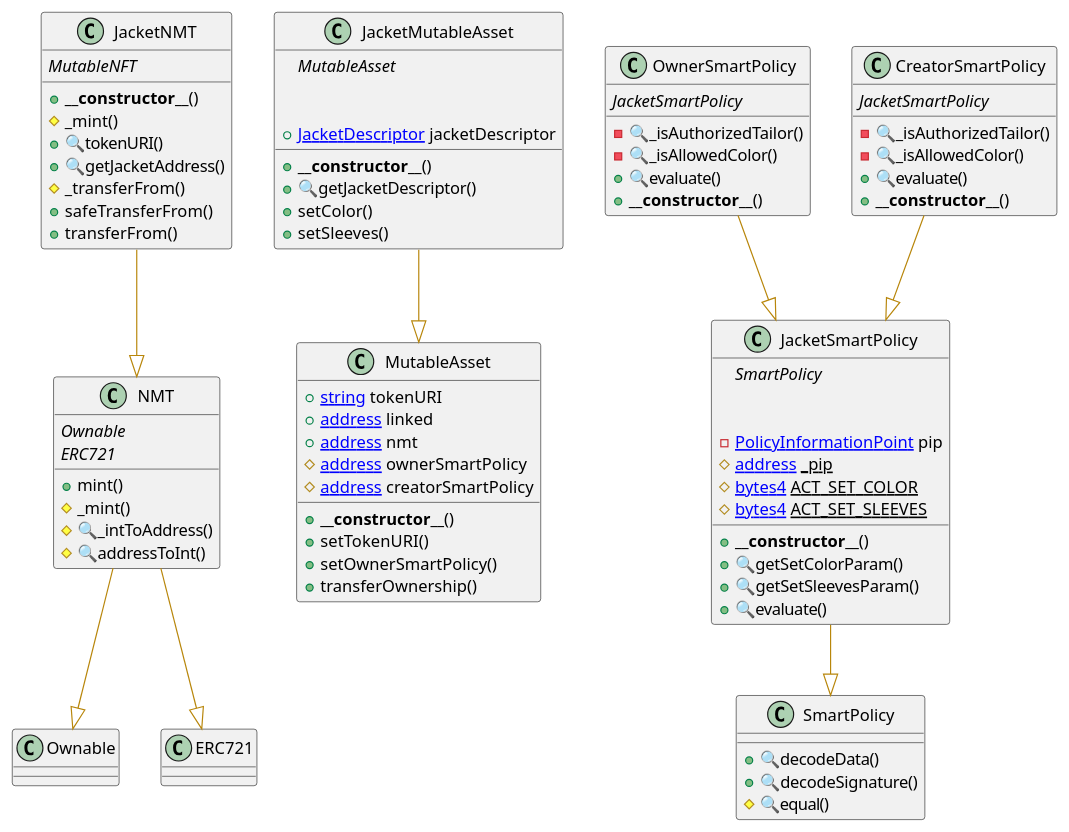
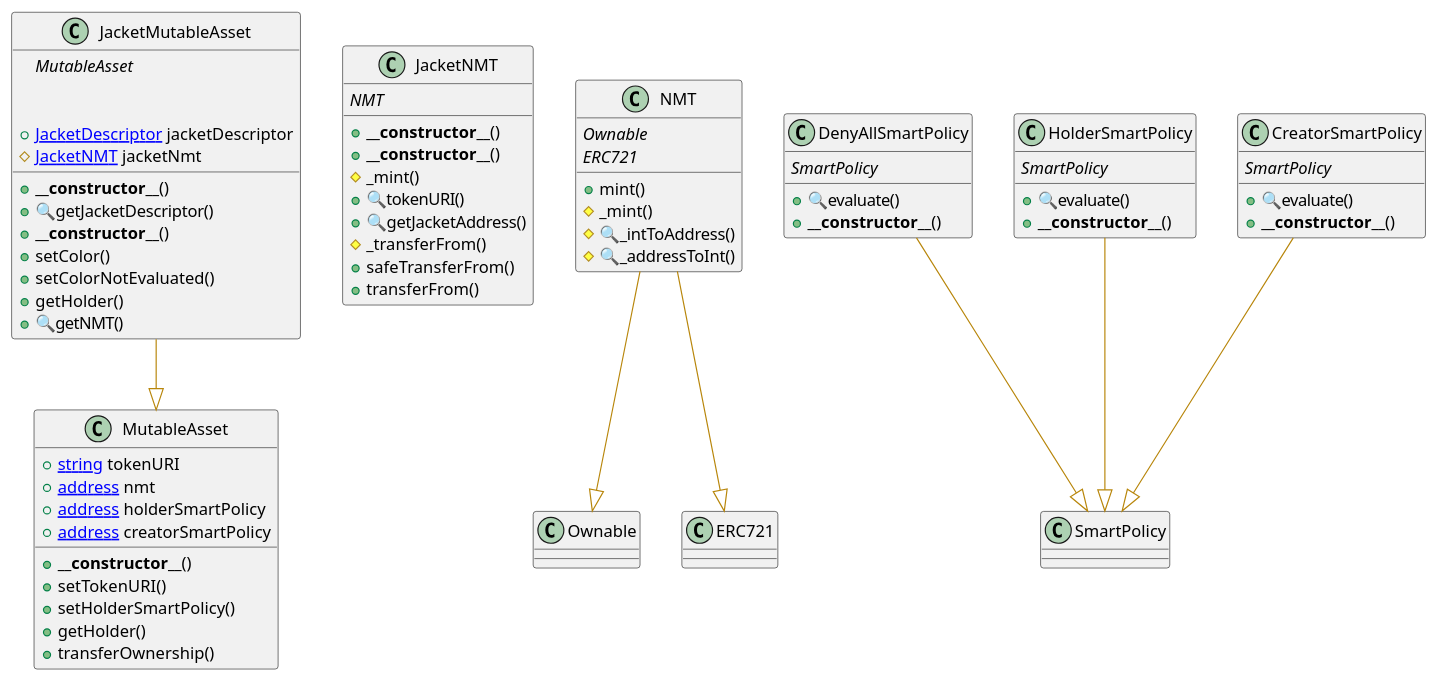
Before and after one commit to d0na/CMNT: the diagram in @startuml.wsd, drawn with PlantUML. The commit also changed 2 other files, not shown here.

Commit message:
chore: review uml graph

```diff
--- a/@startuml.wsd
+++ b/@startuml.wsd
@@ -1,164 +1,148 @@
 @startuml
 ' -- generated by: https://marketplace.visualstudio.com/items?itemName=tintinweb.solidity-visual-auditor
 '
 ' -- for auto-render install: https://marketplace.visualstudio.com/items?itemName=jebbs.plantuml
 ' -- options --
 
 allowmixing
 
 ' -- classes --
 
 
+class JacketMutableAsset {
+    ' -- inheritance --
+	{abstract}MutableAsset
+
+    ' -- usingFor --
+
+    ' -- vars --
+	+[[JacketDescriptor]] jacketDescriptor
+	#[[JacketNMT]] jacketNmt
+
+    ' -- methods --
+	+**__constructor__**()
+	+🔍getJacketDescriptor()
+	+**__constructor__**()
+	+setColor()
+	+setColorNotEvaluated()
+	+getHolder()
+	+🔍getNMT()
+
+}
+' -- inheritance / usingFor --
+JacketMutableAsset --[#DarkGoldenRod]|> MutableAsset
+
+
+
+class MutableAsset {
+    ' -- inheritance --
+
+    ' -- usingFor --
+
+    ' -- vars --
+	+[[string]] tokenURI
+	+[[address]] nmt
+	+[[address]] holderSmartPolicy
+	+[[address]] creatorSmartPolicy
+
+    ' -- methods --
+	+**__constructor__**()
+	+setTokenURI()
+	+setHolderSmartPolicy()
+	+getHolder()
+	+transferOwnership()
+
+}
+
+
 class JacketNMT {
     ' -- inheritance --
-	{abstract}MutableNFT
+	{abstract}NMT
 
     ' -- usingFor --
 
     ' -- vars --
 
     ' -- methods --
+	+**__constructor__**()
 	+**__constructor__**()
 	#_mint()
 	+🔍tokenURI()
 	+🔍getJacketAddress()
 	#_transferFrom()
 	+safeTransferFrom()
 	+transferFrom()
 
 }
-' -- inheritance / usingFor --
-JacketNMT --[#DarkGoldenRod]|> NMT
-
+ 
 class NMT {
     ' -- inheritance --
 	{abstract}Ownable
 	{abstract}ERC721
 
     ' -- usingFor --
 
     ' -- vars --
 
     ' -- methods --
 	+mint()
 	#_mint()
 	#🔍_intToAddress()
-	#🔍addressToInt()
+	#🔍_addressToInt()
 
 }
 ' -- inheritance / usingFor --
 NMT --[#DarkGoldenRod]|> Ownable
 NMT --[#DarkGoldenRod]|> ERC721
 
-class MutableAsset {
-    ' -- inheritance --
 
-    ' -- usingFor --
-
-    ' -- vars --
-	+[[string]] tokenURI
-    +[[address]] linked
-	+[[address]] nmt
-	#[[address]] ownerSmartPolicy
-	#[[address]] creatorSmartPolicy
-
-    ' -- methods --
-	+**__constructor__**()
-	+setTokenURI()
-	+setOwnerSmartPolicy()
-	+transferOwnership()
-
-}
-
-
-class JacketMutableAsset {
-    ' -- inheritance --
-	{abstract}MutableAsset
-
-
-    ' -- vars --
-	+[[JacketDescriptor]] jacketDescriptor
-
-    ' -- methods --
-	+**__constructor__**()
-	+🔍getJacketDescriptor()
-	+setColor()
-	+setSleeves()
-
-}
-' -- inheritance / usingFor --
-JacketMutableAsset --[#DarkGoldenRod]|> MutableAsset
-
-class JacketSmartPolicy {
+class DenyAllSmartPolicy {
     ' -- inheritance --
 	{abstract}SmartPolicy
 
     ' -- usingFor --
 
     ' -- vars --
-	-[[PolicyInformationPoint]] pip
-	#{static}[[address]] _pip
-	#{static}[[bytes4]] ACT_SET_COLOR
-    #{static}[[bytes4]] ACT_SET_SLEEVES
 
     ' -- methods --
+	+🔍evaluate()
 	+**__constructor__**()
-	+🔍getSetColorParam()
-    +🔍getSetSleevesParam()
-	+🔍evaluate()
 
 }
 ' -- inheritance / usingFor --
-JacketSmartPolicy --[#DarkGoldenRod]|> SmartPolicy
+DenyAllSmartPolicy --[#DarkGoldenRod]|> SmartPolicy
 
-class SmartPolicy {
+class HolderSmartPolicy {
     ' -- inheritance --
+	{abstract}SmartPolicy
 
     ' -- usingFor --
 
     ' -- vars --
 
     ' -- methods --
-	+🔍decodeData()
-	+🔍decodeSignature()
-	#🔍equal()
+	+🔍evaluate()
+	+**__constructor__**()
 
 }
+' -- inheritance / usingFor --
+HolderSmartPolicy --[#DarkGoldenRod]|> SmartPolicy
 
-class OwnerSmartPolicy {
+class CreatorSmartPolicy {
     ' -- inheritance --
-	{abstract}JacketSmartPolicy
+	{abstract}SmartPolicy
 
     ' -- usingFor --
 
     ' -- vars --
 
     ' -- methods --
-	-🔍_isAuthorizedTailor()
-	-🔍_isAllowedColor()
 	+🔍evaluate()
 	+**__constructor__**()
 
 }
 ' -- inheritance / usingFor --
-OwnerSmartPolicy --[#DarkGoldenRod]|> JacketSmartPolicy
+CreatorSmartPolicy --[#DarkGoldenRod]|> SmartPolicy
 
-class CreatorSmartPolicy {
-    ' -- inheritance --
-	{abstract}JacketSmartPolicy
-
-    ' -- usingFor --
-
-    ' -- vars --
-
-    ' -- methods --
-	-🔍_isAuthorizedTailor()
-	-🔍_isAllowedColor()
-	+🔍evaluate()
-	+**__constructor__**()
-
-}
-' -- inheritance / usingFor --
-CreatorSmartPolicy --[#DarkGoldenRod]|> JacketSmartPolicy
 
 @enduml
```
